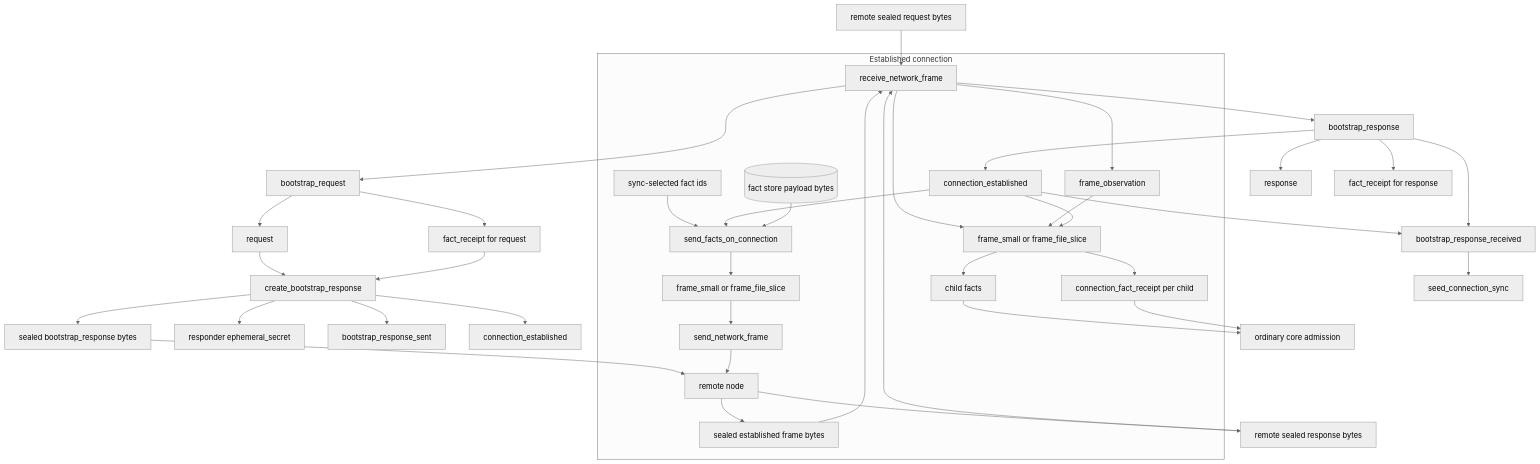
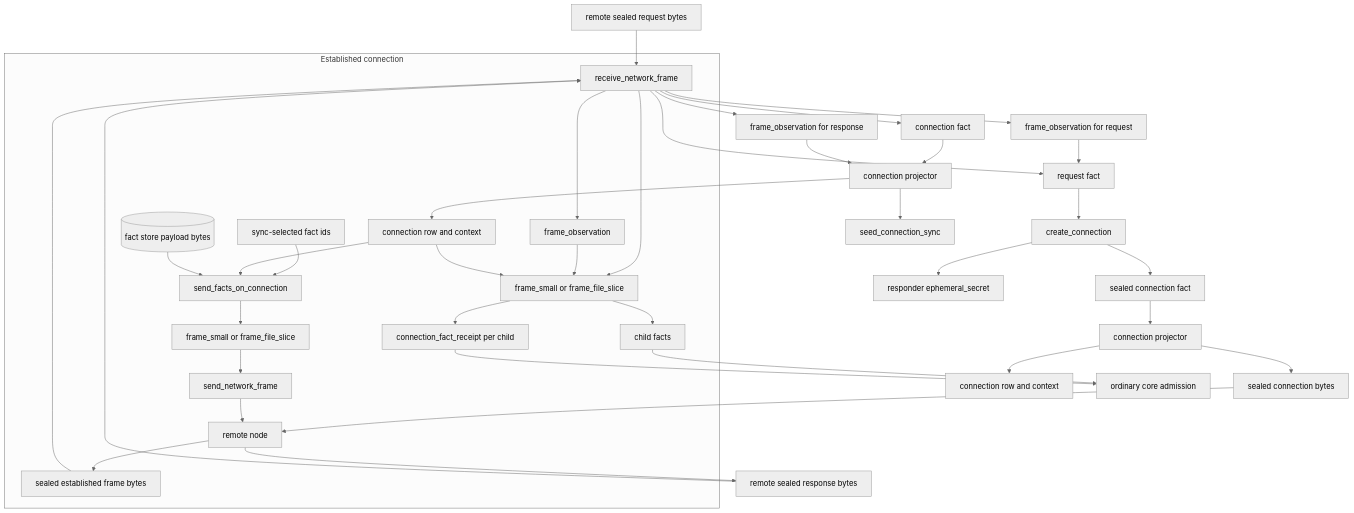
Before and after one commit to holmesworcester/poc-10: the fourth of 6 diagrams in ARCHITECTURE_DIAGRAMS.md, drawn with Mermaid (neutral theme). The commit also changed other lines of this file and 153 other files, not shown here.

````diff
--- a/ARCHITECTURE_DIAGRAMS.md
+++ b/ARCHITECTURE_DIAGRAMS.md
@@ -156,45 +155,44 @@
 ```mermaid
 %%{init: {"flowchart": {"wrappingWidth": 340}} }%%
 flowchart TD
     REMOTE_REQ["remote sealed request bytes"] --> RECEIVE["receive_network_frame"]
-    RECEIVE --> BOOT_REQ["bootstrap_request"]
-    BOOT_REQ --> REQ["request"]
-    BOOT_REQ --> REC1["fact_receipt for request"]
-    REQ --> CREATE_RESP["create_bootstrap_response"]
-    REC1 --> CREATE_RESP
+    RECEIVE --> REQ["request fact"]
+    RECEIVE --> OBS1["frame_observation for request"]
+    REQ --> CREATE_RESP["create_connection"]
+    OBS1 --> REQ
     CREATE_RESP --> RESP_SECRET["responder ephemeral_secret"]
-    CREATE_RESP --> RESP_SENT["bootstrap_response_sent"]
-    CREATE_RESP --> ESTABLISHED_A["connection_established"]
-    CREATE_RESP --> BOOT_RESP_OUT["sealed bootstrap_response bytes"]
-    BOOT_RESP_OUT --> PEER["remote node"]
+    CREATE_RESP --> RESP_OUT["sealed connection fact"]
+    RESP_OUT --> RESP_PROJECT_A["connection projector"]
+    RESP_PROJECT_A --> CONNECTION_A["connection row and context"]
+    RESP_PROJECT_A --> RESP_BYTES["sealed connection bytes"]
+    RESP_BYTES --> PEER["remote node"]
 
     PEER --> REMOTE_RESP["remote sealed response bytes"]
     REMOTE_RESP --> RECEIVE
-    RECEIVE --> BOOT_RESP["bootstrap_response"]
-    BOOT_RESP --> RESP_LOCAL["response"]
-    BOOT_RESP --> REC2["fact_receipt for response"]
-    BOOT_RESP --> RESP_RECEIVED["bootstrap_response_received"]
-    BOOT_RESP --> ESTABLISHED_B["connection_established"]
-    ESTABLISHED_B --> RESP_RECEIVED
-    RESP_RECEIVED --> SEED["seed_connection_sync"]
+    RECEIVE --> RESP_LOCAL["connection fact"]
+    RECEIVE --> OBS2["frame_observation for response"]
+    RESP_LOCAL --> RESP_PROJECT_B["connection projector"]
+    OBS2 --> RESP_PROJECT_B
+    RESP_PROJECT_B --> CONNECTION_B["connection row and context"]
+    RESP_PROJECT_B --> SEED["seed_connection_sync"]
 
     subgraph ESTABLISHED["Established connection"]
       SYNC_IDS["sync-selected fact ids"] --> SEND_IDS["send_facts_on_connection"]
-      ESTABLISHED_B --> SEND_IDS
+      CONNECTION_B --> SEND_IDS
       FACT_STORE[("fact store payload bytes")] --> SEND_IDS
       SEND_IDS --> FRAME_OUT["frame_small or frame_file_slice"]
       FRAME_OUT --> NETWORK["send_network_frame"]
       NETWORK --> PEER
       PEER --> FRAME_IN_BYTES["sealed established frame bytes"]
       FRAME_IN_BYTES --> RECEIVE
       RECEIVE --> OBS["frame_observation"]
       RECEIVE --> FRAME_IN["frame_small or frame_file_slice"]
       OBS --> FRAME_IN
-      ESTABLISHED_B --> FRAME_IN
+      CONNECTION_B --> FRAME_IN
       FRAME_IN --> CHILD["child facts"]
       FRAME_IN --> REC_CHILD["connection_fact_receipt per child"]
     end
 
     CHILD --> CORE["ordinary core admission"]
     REC_CHILD --> CORE
 ```
````
